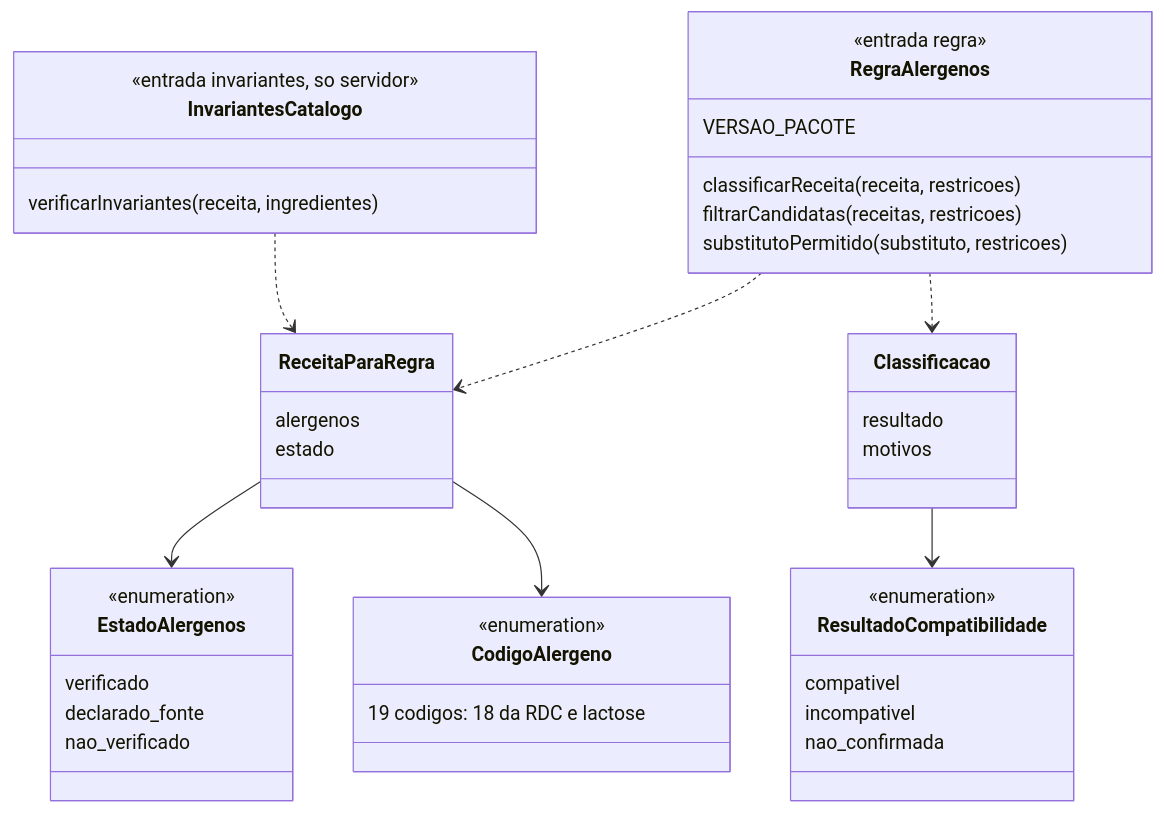
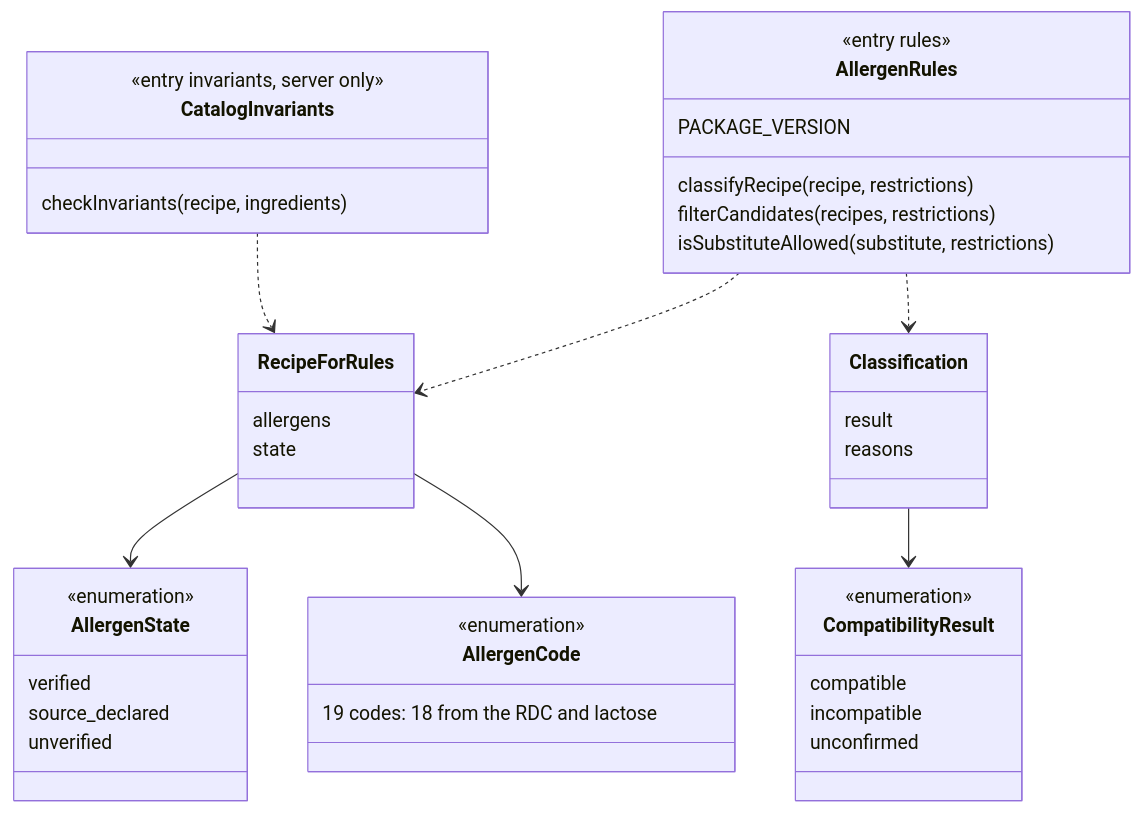
The first of 11 diagrams in docs/fase2/2.6-diagramas_fluxos_contratos/diagrama-classes.md (AnnyFilgueiras/projeto_tsi), drawn with Mermaid before and after one commit. The commit also changed other lines of this file and 4 other files, not shown here.

Commit message:
docs: update class diagram and sequences to v1.1 (English identifiers, Tx)

````diff
--- a/docs/fase2/2.6-diagramas_fluxos_contratos/diagrama-classes.md
+++ b/docs/fase2/2.6-diagramas_fluxos_contratos/diagrama-classes.md
@@ -39,44 +48,44 @@
 ```mermaid
 classDiagram
-  class CodigoAlergeno {
+  class AllergenCode {
     <<enumeration>>
-    19 codigos: 18 da RDC e lactose
+    19 codes: 18 from the RDC and lactose
   }
-  class EstadoAlergenos {
+  class AllergenState {
     <<enumeration>>
-    verificado
-    declarado_fonte
-    nao_verificado
+    verified
+    source_declared
+    unverified
   }
-  class ResultadoCompatibilidade {
+  class CompatibilityResult {
     <<enumeration>>
-    compativel
-    incompativel
-    nao_confirmada
+    compatible
+    incompatible
+    unconfirmed
   }
-  class ReceitaParaRegra {
-    alergenos
-    estado
+  class RecipeForRules {
+    allergens
+    state
   }
-  class Classificacao {
-    resultado
-    motivos
+  class Classification {
+    result
+    reasons
   }
-  class RegraAlergenos {
-    <<entrada regra>>
-    VERSAO_PACOTE
-    classificarReceita(receita, restricoes)
-    filtrarCandidatas(receitas, restricoes)
-    substitutoPermitido(substituto, restricoes)
+  class AllergenRules {
+    <<entry rules>>
+    PACKAGE_VERSION
+    classifyRecipe(recipe, restrictions)
+    filterCandidates(recipes, restrictions)
+    isSubstituteAllowed(substitute, restrictions)
   }
-  class InvariantesCatalogo {
-    <<entrada invariantes, so servidor>>
-    verificarInvariantes(receita, ingredientes)
+  class CatalogInvariants {
+    <<entry invariants, server only>>
+    checkInvariants(recipe, ingredients)
   }
-  RegraAlergenos ..> ReceitaParaRegra
-  RegraAlergenos ..> Classificacao
-  InvariantesCatalogo ..> ReceitaParaRegra
-  ReceitaParaRegra --> EstadoAlergenos
-  ReceitaParaRegra --> CodigoAlergeno
-  Classificacao --> ResultadoCompatibilidade
+  AllergenRules ..> RecipeForRules
+  AllergenRules ..> Classification
+  CatalogInvariants ..> RecipeForRules
+  RecipeForRules --> AllergenState
+  RecipeForRules --> AllergenCode
+  Classification --> CompatibilityResult
 ```
````
